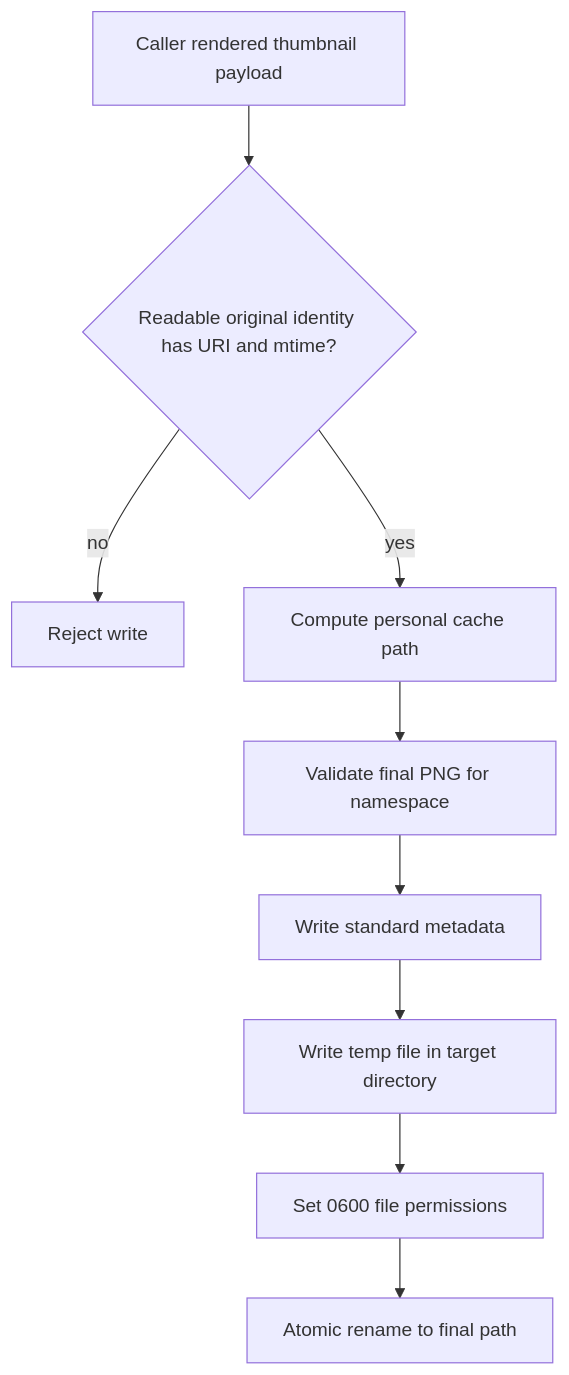
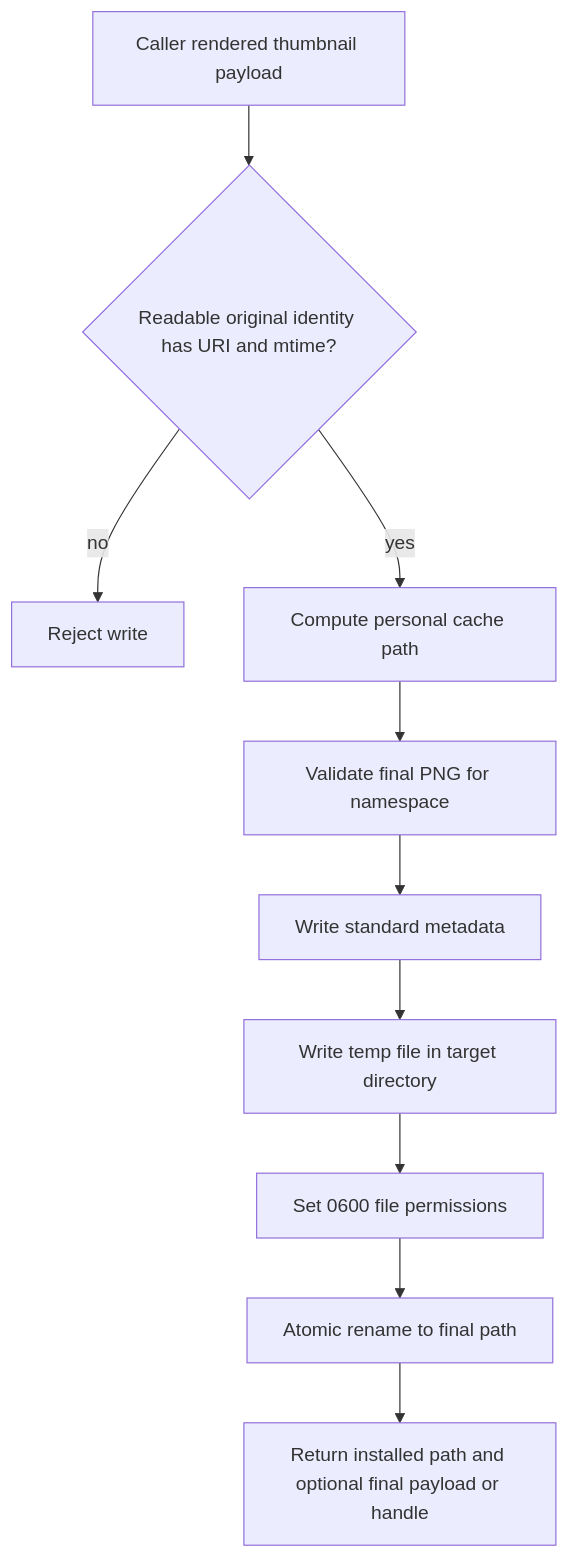
The second of 2 diagrams in docs/architecture/thumbnail-lifecycle.md (hnjae/xdg-thumbnail), drawn with Mermaid before and after one commit. The commit also changed other lines of this file and 2 other files, not shown here.

````diff
--- a/docs/architecture/thumbnail-lifecycle.md
+++ b/docs/architecture/thumbnail-lifecycle.md
@@ -54,11 +60,12 @@
 ```mermaid
 flowchart TD
     A[Caller rendered thumbnail payload] --> B{Readable original identity has URI and mtime?}
     B -- no --> C[Reject write]
     B -- yes --> D[Compute personal cache path]
     D --> E[Validate final PNG for namespace]
     E --> F[Write standard metadata]
     F --> G[Write temp file in target directory]
     G --> H[Set 0600 file permissions]
     H --> I[Atomic rename to final path]
+    I --> J[Return installed path and optional final payload or handle]
 ```
````
